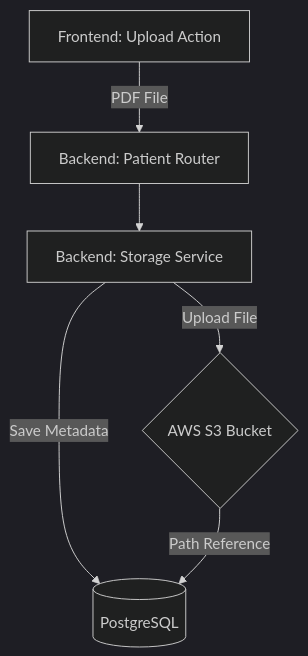
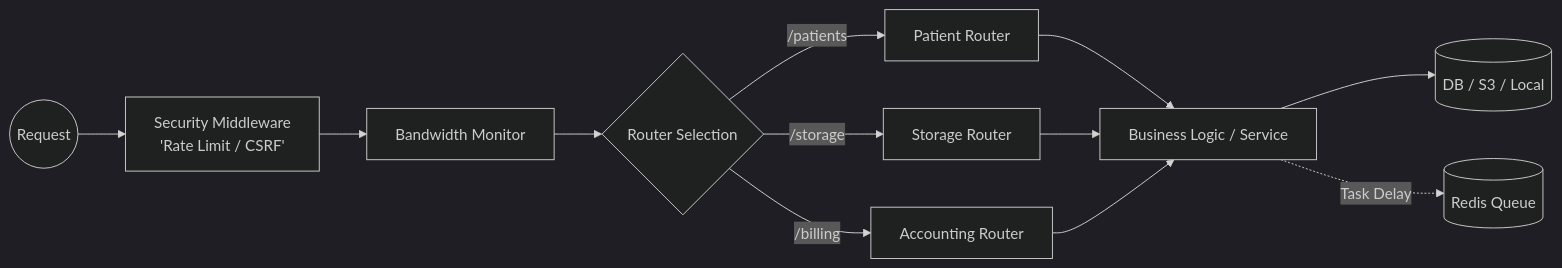
The fourth of 4 diagrams in docs/workflow_diagrams.md (digifortlabs/digifortlabs), drawn with Mermaid (dark theme) before and after one commit. The commit also changed other lines of this file, not shown here.

Commit message:
docs: update and unify workflow diagrams with detailed infrastructure and data flows

````diff
--- a/docs/workflow_diagrams.md
+++ b/docs/workflow_diagrams.md
@@ -105,8 +117,14 @@
 ```mermaid
-flowchart TD
-    UI[Frontend: Upload Action] --> |PDF File| Router[Backend: Patient Router]
-    Router --> Service[Backend: Storage Service]
-    Service --> |Save Metadata| DB[(PostgreSQL)]
-    Service --> |Upload File| S3{AWS S3 Bucket}
-    S3 --> |Path Reference| DB
+graph LR
+    Req((Request)) --> Sec[Security Middleware<br/>'Rate Limit / CSRF']
+    Sec --> Bandwidth[Bandwidth Monitor]
+    Bandwidth --> Router{Router Selection}
+    
+    Router -->|/patients| PR[Patient Router]
+    Router -->|/storage| SR[Storage Router]
+    Router -->|/billing| AR[Accounting Router]
+    
+    PR & SR & AR --> Logic[Business Logic / Service]
+    Logic --> Persistence[(DB / S3 / Local)]
+    Logic -.->|Task Delay| Redis[(Redis Queue)]
 ```
````
